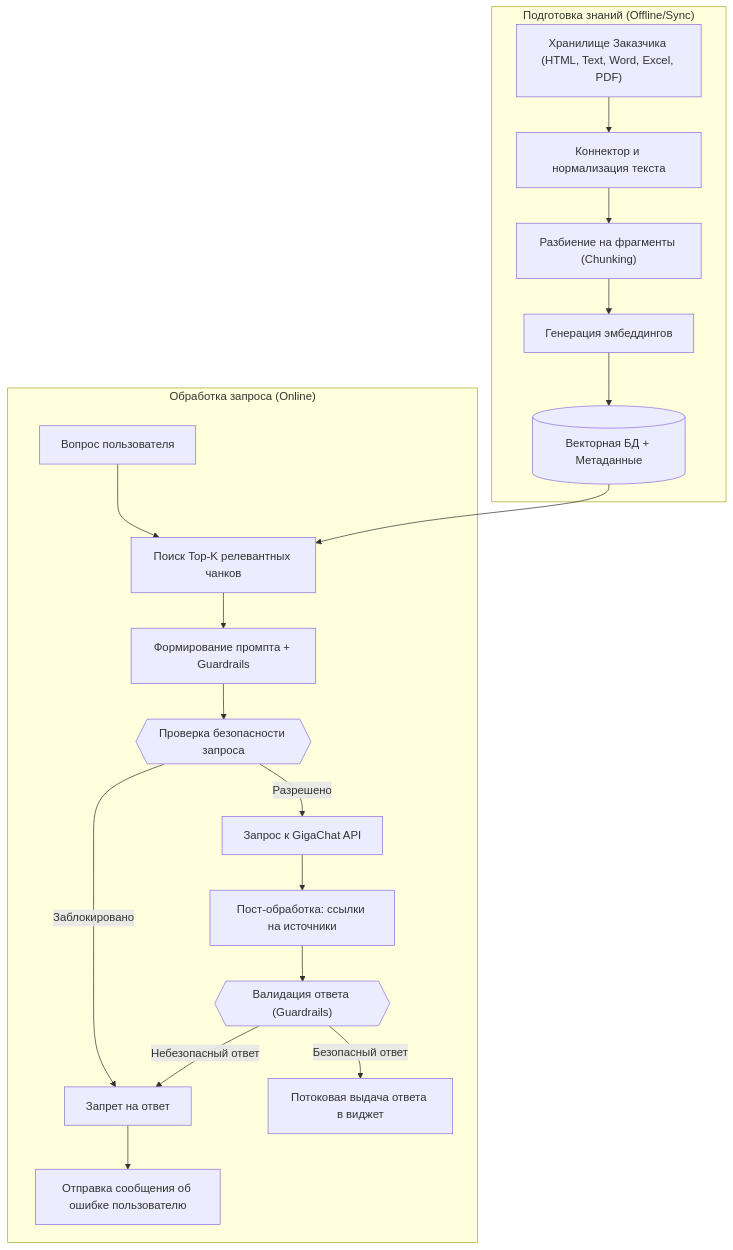
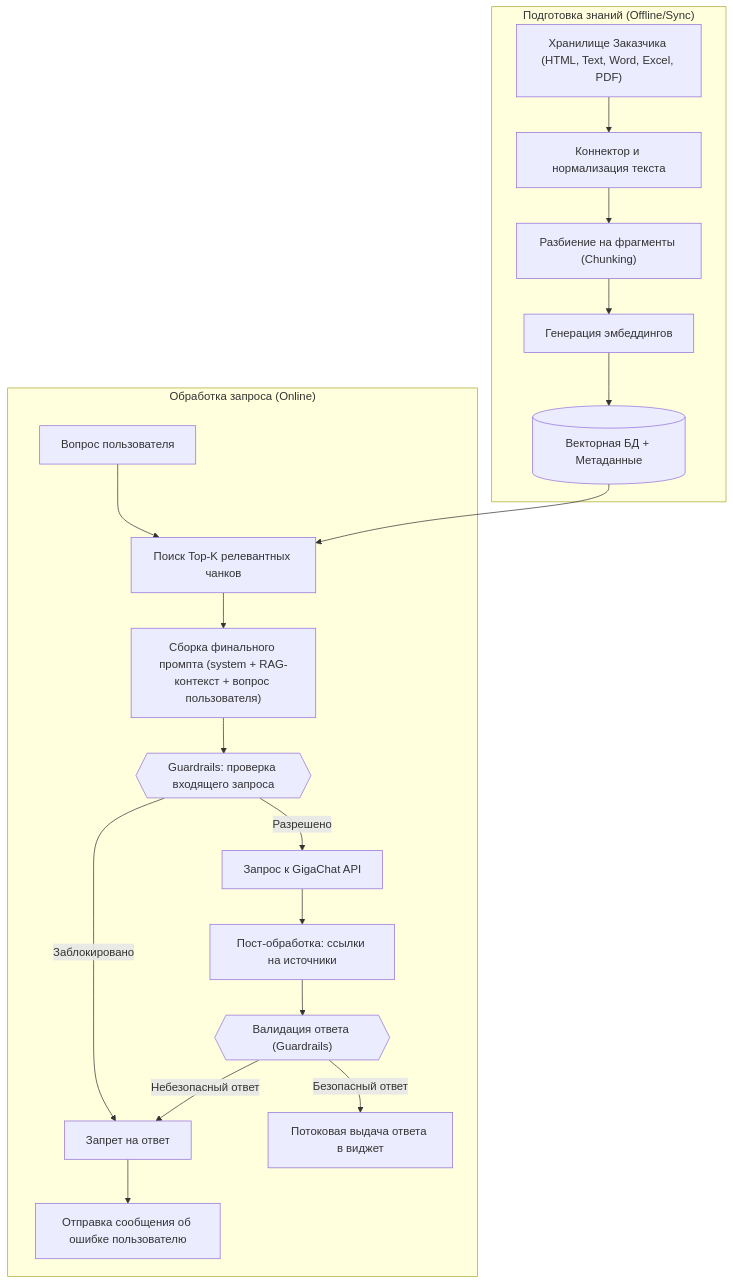
Before and after one commit to xen/vchat: the third of 3 diagrams in docs/01_architecture_specification.md, drawn with Mermaid. The commit also changed other lines of this file and 1 other file, not shown here.

````diff
--- a/docs/01_architecture_specification.md
+++ b/docs/01_architecture_specification.md
@@ -101,23 +113,23 @@
 ```mermaid
 graph TD
   subgraph "Подготовка знаний (Offline/Sync)"
   A["Хранилище Заказчика (HTML, Text, Word, Excel, PDF)"] --> B["Коннектор и нормализация текста"]
   B --> C["Разбиение на фрагменты (Chunking)"]
   C --> D["Генерация эмбеддингов"]
   D --> E[("Векторная БД + Метаданные")]
   end
 
   subgraph "Обработка запроса (Online)"
   F["Вопрос пользователя"] --> G["Поиск Top-K релевантных чанков"]
   E --> G
-  G --> H["Формирование промпта + Guardrails"]
-  H --> I{{"Проверка безопасности запроса"}}
+  G --> H["Сборка финального промпта (system + RAG-контекст + вопрос пользователя)"]
+  H --> I{{"Guardrails: проверка входящего запроса"}}
   I -->|Заблокировано| L["Запрет на ответ"]
   I -->|Разрешено| J["Запрос к GigaChat API"]
   J --> K["Пост-обработка: ссылки на источники"]
   K --> M{{"Валидация ответа (Guardrails)"}}
   M -->|Небезопасный ответ| L
   M -->|Безопасный ответ| N["Потоковая выдача ответа в виджет"]
   L --> O["Отправка сообщения об ошибке пользователю"]
   end
 ```
````
